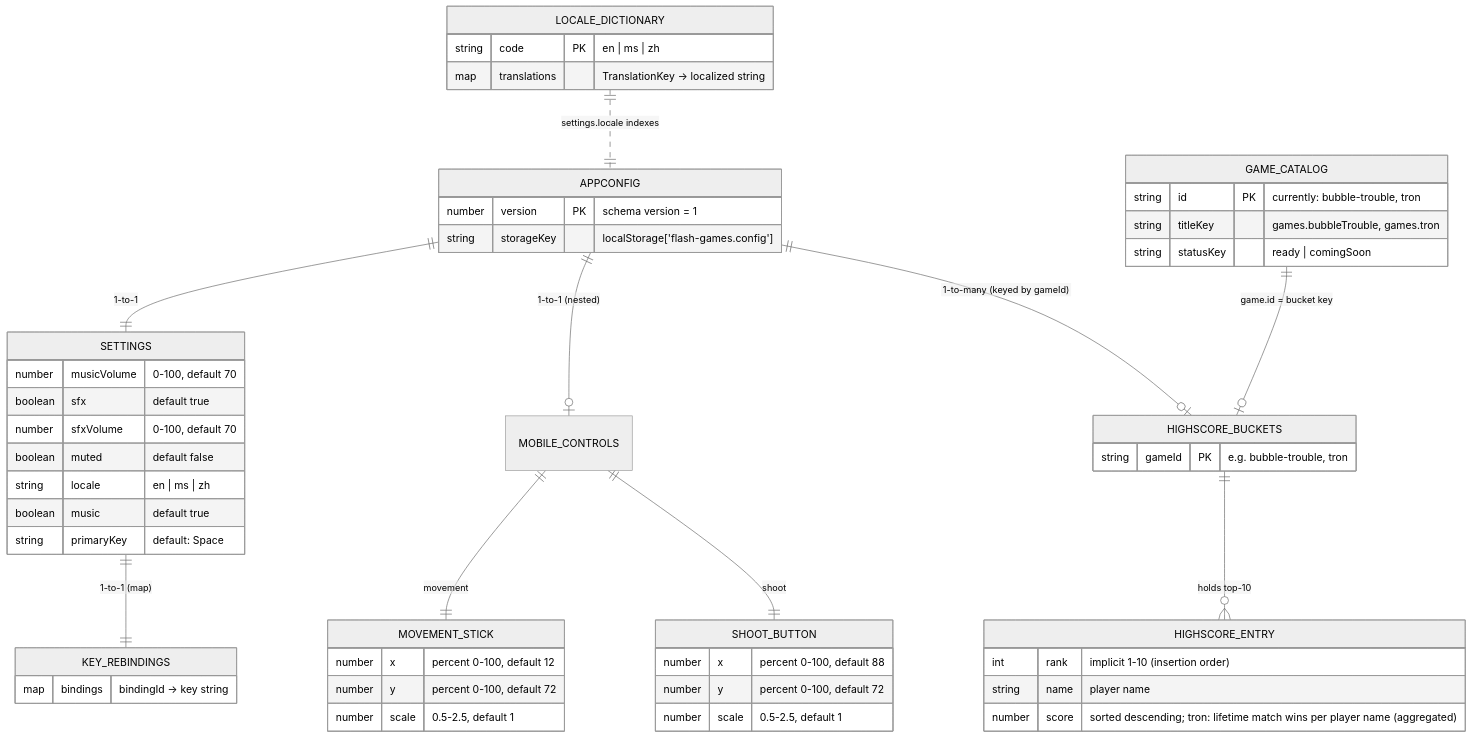
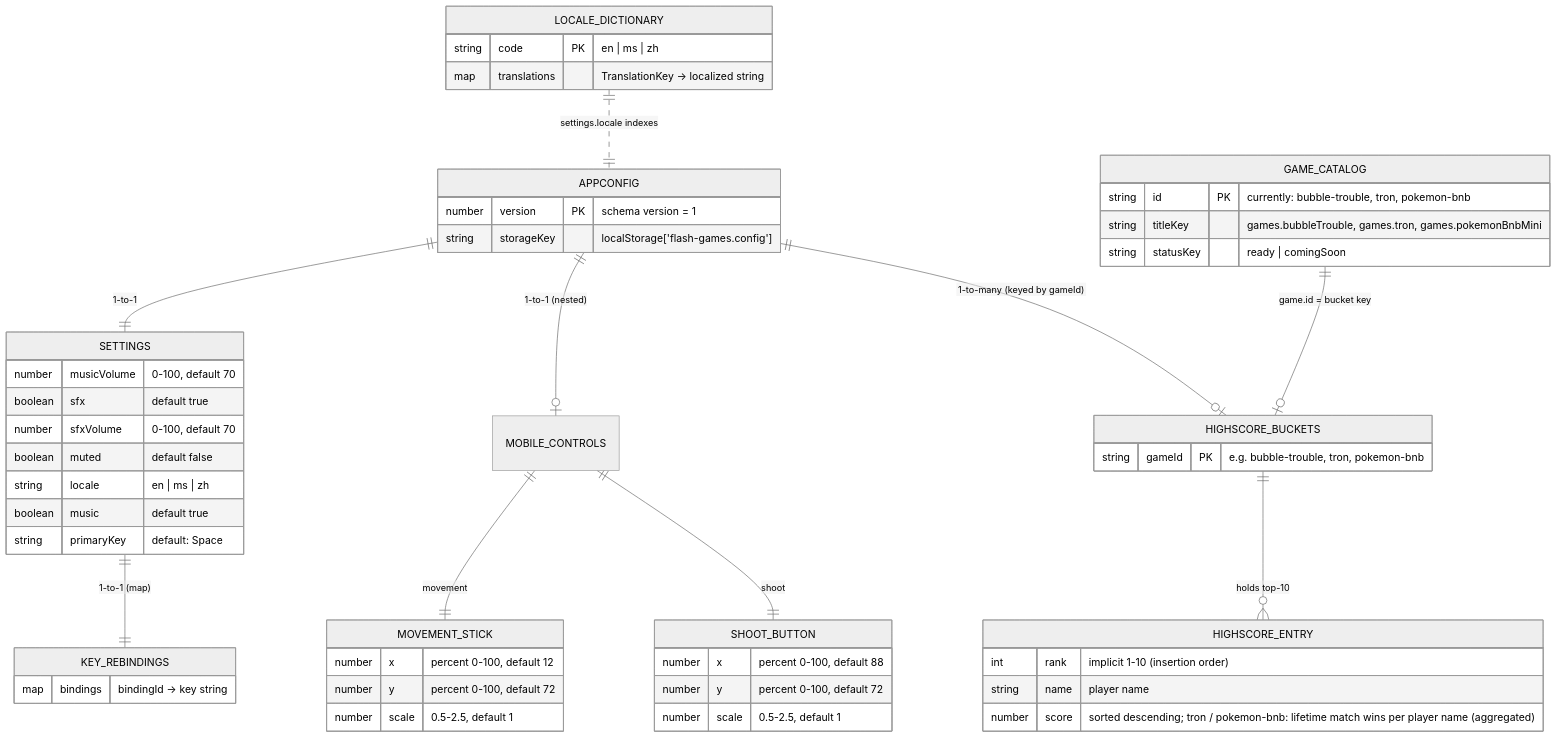
Before and after one commit to EdwardOYM/react-flash-games: the diagram in .github/diagram/database-schema.md, drawn with Mermaid (neutral theme). The commit also changed other lines of this file and 2 other files, not shown here.

Commit message:
feat(pokemon-bnb): finalize CP10 with results handling, highscore integration, and documentation updates

````diff
--- a/.github/diagram/database-schema.md
+++ b/.github/diagram/database-schema.md
@@ -31,61 +31,61 @@
 ```mermaid
 erDiagram
     APPCONFIG ||--|| SETTINGS : "1-to-1"
     APPCONFIG ||--o| MOBILE_CONTROLS : "1-to-1 (nested)"
     APPCONFIG ||--o| HIGHSCORE_BUCKETS : "1-to-many (keyed by gameId)"
     APPCONFIG {
         number version PK "schema version = 1"
         string storageKey "localStorage['flash-games.config']"
     }
 
     SETTINGS ||--|| KEY_REBINDINGS : "1-to-1 (map)"
     SETTINGS {
         number musicVolume "0-100, default 70"
         boolean sfx "default true"
         number sfxVolume "0-100, default 70"
         boolean muted "default false"
         string locale "en | ms | zh"
         boolean music "default true"
         string primaryKey "default: Space"
     }
 
     KEY_REBINDINGS {
         map bindings "bindingId -> key string"
     }
 
     MOBILE_CONTROLS ||--|| MOVEMENT_STICK : "movement"
     MOBILE_CONTROLS ||--|| SHOOT_BUTTON : "shoot"
     MOVEMENT_STICK {
         number x "percent 0-100, default 12"
         number y "percent 0-100, default 72"
         number scale "0.5-2.5, default 1"
     }
     SHOOT_BUTTON {
         number x "percent 0-100, default 88"
         number y "percent 0-100, default 72"
         number scale "0.5-2.5, default 1"
     }
 
     GAME_CATALOG {
-        string id PK "currently: bubble-trouble, tron"
-        string titleKey "games.bubbleTrouble, games.tron"
+        string id PK "currently: bubble-trouble, tron, pokemon-bnb"
+        string titleKey "games.bubbleTrouble, games.tron, games.pokemonBnbMini"
         string statusKey "ready | comingSoon"
     }
     GAME_CATALOG ||--o| HIGHSCORE_BUCKETS : "game.id = bucket key"
 
     HIGHSCORE_BUCKETS {
-        string gameId PK "e.g. bubble-trouble, tron"
+        string gameId PK "e.g. bubble-trouble, tron, pokemon-bnb"
     }
     HIGHSCORE_BUCKETS ||--o{ HIGHSCORE_ENTRY : "holds top-10"
     HIGHSCORE_ENTRY {
         int rank "implicit 1-10 (insertion order)"
         string name "player name"
-        number score "sorted descending; tron: lifetime match wins per player name (aggregated)"
+        number score "sorted descending; tron / pokemon-bnb: lifetime match wins per player name (aggregated)"
     }
 
     LOCALE_DICTIONARY ||..|| APPCONFIG : "settings.locale indexes"
     LOCALE_DICTIONARY {
         string code PK "en | ms | zh"
         map translations "TranslationKey -> localized string"
     }
 ```
````
